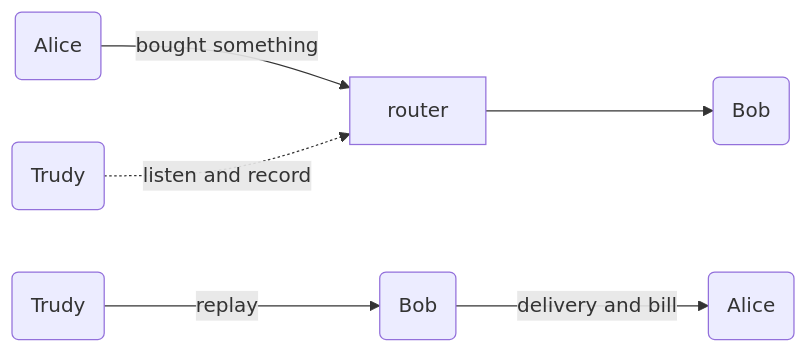
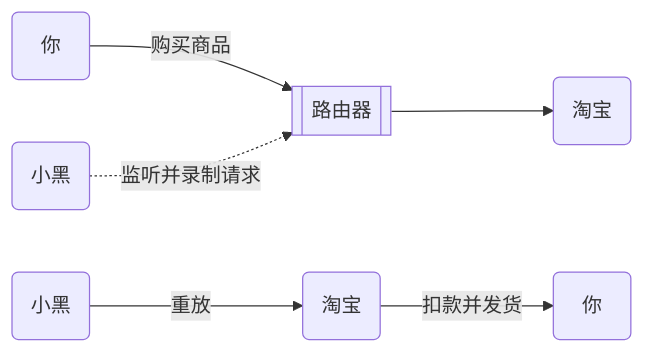
One commit to Yelfive/md-notes changed the second of 2 diagrams in zh/Security/Web-Security/SSL-TLS.md. Above: the diagram before and after it, drawn with Mermaid. The commit also changed other lines of this file and 49 other files, not shown here.

````diff
--- a/zh/Security/Web-Security/SSL-TLS.md
+++ b/zh/Security/Web-Security/SSL-TLS.md
@@ -94,18 +125,19 @@
 ```mermaid
 graph LR
 
-A(Alice)
-B(Bob)
-T(Trudy)
+A("&ensp;你&ensp;")
+B(淘宝)
+T(小黑)
+router[[路由器]]
 
-A --> |bought something| router
+A --> |购买商品| router
 router --> B
 
-T -.-> |listen and record|router
+T -.-> |监听并录制请求|router
 
-T2(Trudy)
-B2(Bob)
-A2(Alice)
-T2 --> |replay| B2
-B2 --> |delivery and bill| A2
+T2(小黑)
+B2(淘宝)
+A2("&ensp;你&ensp;")
+T2 --> |重放| B2
+B2 --> |扣款并发货| A2
 ```
````
